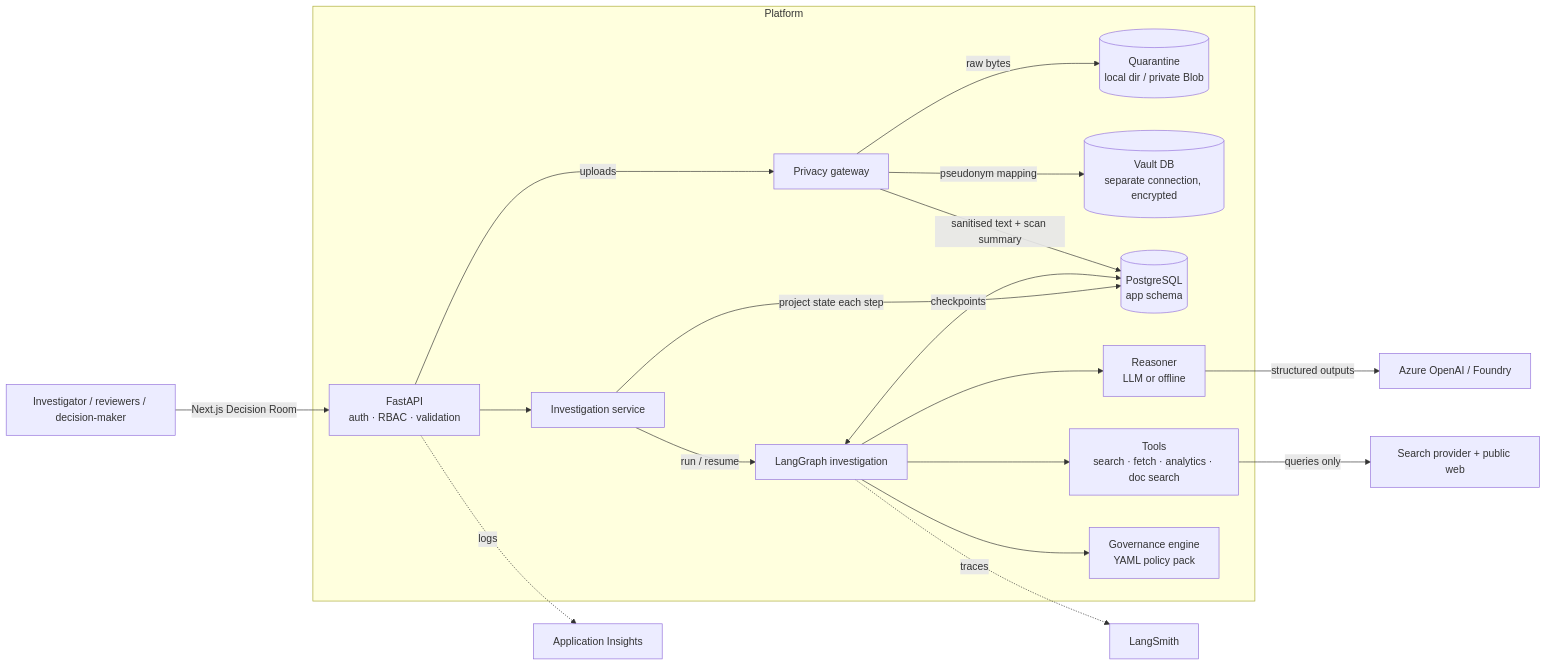
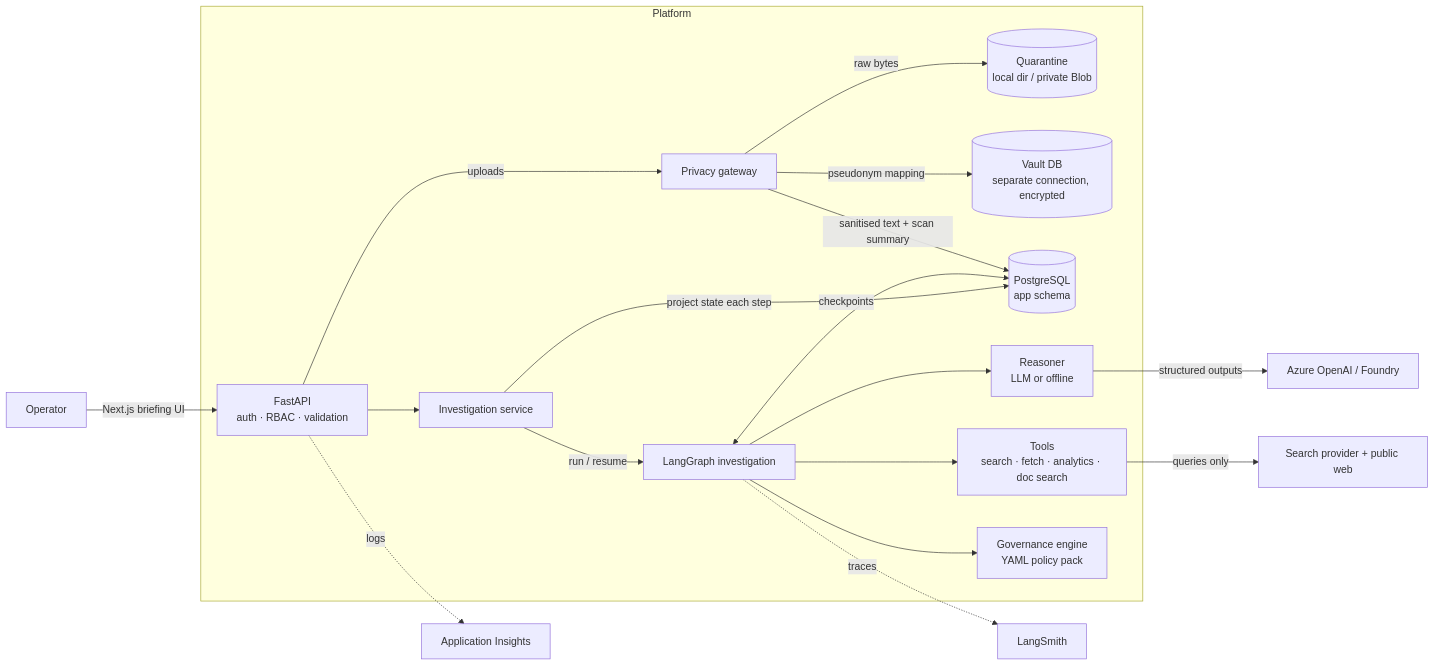
The first of 2 diagrams in docs/architecture.md (simonwestuk/strategic-investigation-platform), drawn with Mermaid before and after one commit. The commit also changed 5 other files, not shown here.

````diff
--- a/docs/architecture.md
+++ b/docs/architecture.md
@@ -10,21 +10,21 @@
 ```mermaid
 flowchart LR
-    U[Investigator / reviewers / decision-maker] -->|Next.js Decision Room| API
+    U[Operator] -->|Next.js briefing UI| API
     subgraph Platform
       API[FastAPI<br/>auth · RBAC · validation] --> SVC[Investigation service]
       API -->|uploads| GW[Privacy gateway]
       GW -->|raw bytes| Q[(Quarantine<br/>local dir / private Blob)]
       GW -->|pseudonym mapping| V[(Vault DB<br/>separate connection, encrypted)]
       GW -->|sanitised text + scan summary| DB[(PostgreSQL<br/>app schema)]
       SVC -->|run / resume| G[LangGraph investigation]
       G <-->|checkpoints| DB
       SVC -->|project state each step| DB
       G --> R[Reasoner<br/>LLM or offline]
       G --> T[Tools<br/>search · fetch · analytics · doc search]
       G --> P[Governance engine<br/>YAML policy pack]
     end
     R -->|structured outputs| AOAI[Azure OpenAI / Foundry]
     T -->|queries only| WEB[Search provider + public web]
     G -.traces.-> LS[LangSmith]
     API -.logs.-> AI[Application Insights]
 ```
````
